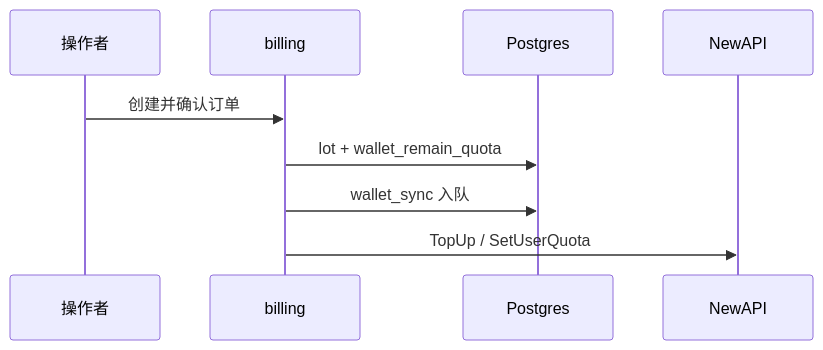
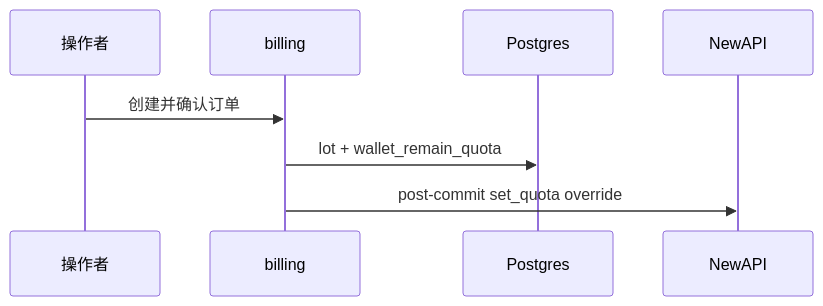
Before and after one commit to quyip8818/mytokenjoy: the tenth of 10 diagrams in apps/docs/Backend-预算.md, drawn with Mermaid. The commit also changed other lines of this file and 33 other files, not shown here.

````diff
--- a/apps/docs/Backend-预算.md
+++ b/apps/docs/Backend-预算.md
@@ -392,12 +391,11 @@
 ```mermaid
 sequenceDiagram
   participant U as 操作者
   participant B as billing
   participant DB as Postgres
   participant NA as NewAPI
 
   U->>B: 创建并确认订单
   B->>DB: lot + wallet_remain_quota
-  B->>DB: wallet_sync 入队
-  B->>NA: TopUp / SetUserQuota
+  B->>NA: post-commit set_quota override
 ```
````
